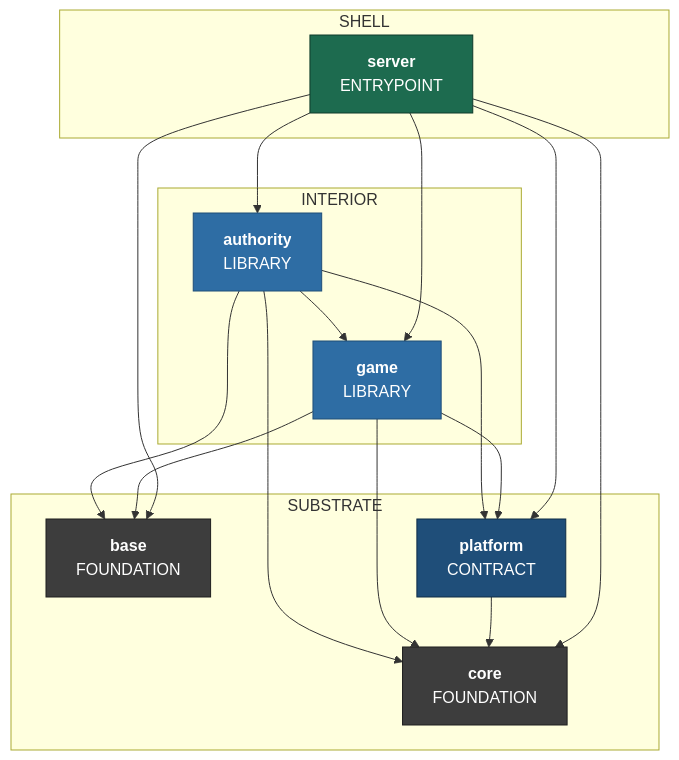
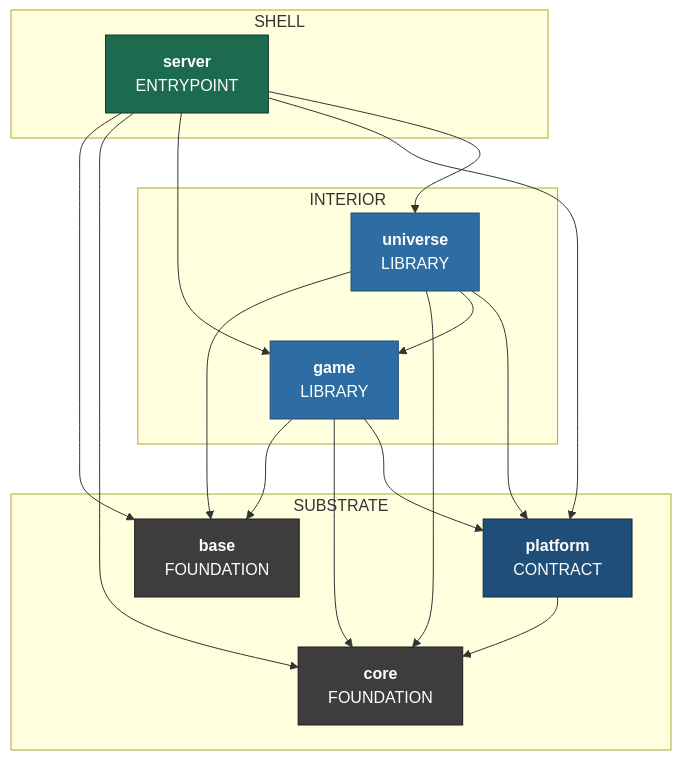
One commit to apnex/OpenStarbound changed the sixth of 7 diagrams in docs/superpowers/specs/2026-08-01-sovereign-headless-client-design.md. Above: the diagram before and after it, drawn with Mermaid. The commit also changed other lines of this file and 1 other file, not shown here.

First line of the commit message:
docs(spec): `authority` -> `universe`, because World means one planet here

````diff
--- a/docs/superpowers/specs/2026-08-01-sovereign-headless-client-design.md
+++ b/docs/superpowers/specs/2026-08-01-sovereign-headless-client-design.md
@@ -1143,38 +1150,38 @@
 ```mermaid
 %% composition: server
 flowchart TD
   subgraph Z_SUBSTRATE ["SUBSTRATE"]
     base["<b>base</b><br/>FOUNDATION"]
     core["<b>core</b><br/>FOUNDATION"]
     platform["<b>platform</b><br/>CONTRACT"]
   end
   subgraph Z_INTERIOR ["INTERIOR"]
-    authority["<b>authority</b><br/>LIBRARY"]
     game["<b>game</b><br/>LIBRARY"]
+    universe["<b>universe</b><br/>LIBRARY"]
   end
   subgraph Z_SHELL ["SHELL"]
     server["<b>server</b><br/>ENTRYPOINT"]
   end
-  authority --> base
-  authority --> core
-  authority --> game
-  authority --> platform
   game --> base
   game --> core
   game --> platform
   platform --> core
-  server --> authority
   server --> base
   server --> core
   server --> game
   server --> platform
+  server --> universe
+  universe --> base
+  universe --> core
+  universe --> game
+  universe --> platform
   classDef kFoundation fill:#3d3d3d,stroke:#1f1f1f,color:#fff
   classDef kContract fill:#1f4e79,stroke:#0f2d46,color:#fff
   classDef kBackend fill:#7a3e9d,stroke:#4d2763,color:#fff
   classDef kLibrary fill:#2e6da4,stroke:#1f4e79,color:#fff
   classDef kEntrypoint fill:#1d6b4f,stroke:#0e3a2a,color:#fff
   class base,core kFoundation
   class platform kContract
-  class authority,game kLibrary
+  class game,universe kLibrary
   class server kEntrypoint
 ```
````
